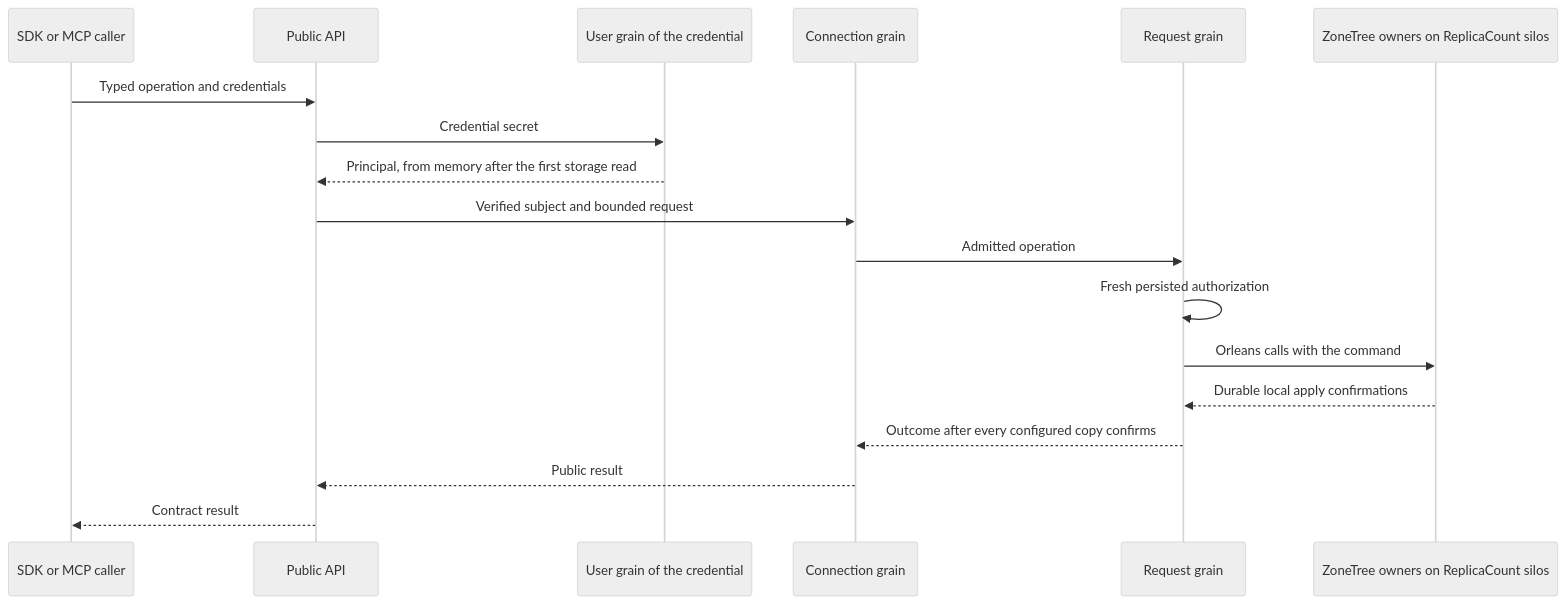
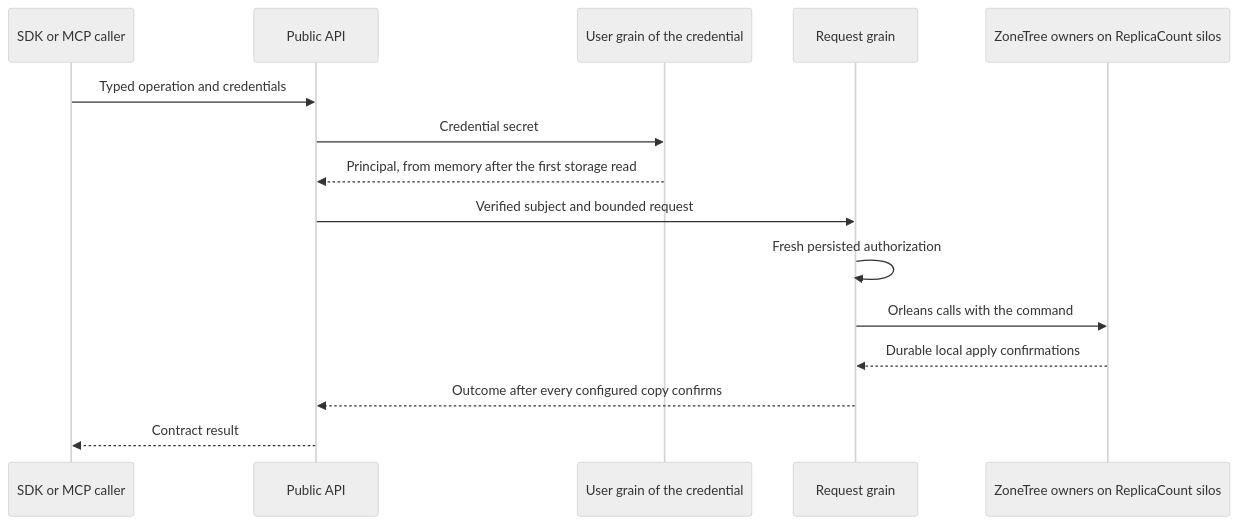
One commit to managedcode/KeyLoad changed the fifth of 26 diagrams in docs/Architecture.md. Above: the diagram before and after it, drawn with Mermaid (neutral theme). The commit also changed other lines of this file and 27 other files, not shown here.

````diff
--- a/docs/Architecture.md
+++ b/docs/Architecture.md
@@ -293,20 +292,17 @@
 ```mermaid
 sequenceDiagram
     participant Caller as SDK or MCP caller
     participant API as Public API
     participant User as User grain of the credential
-    participant Conn as Connection grain
     participant Part as Request grain
     participant Owners as ZoneTree owners on ReplicaCount silos
     Caller->>API: Typed operation and credentials
     API->>User: Credential secret
     User-->>API: Principal, from memory after the first storage read
-    API->>Conn: Verified subject and bounded request
-    Conn->>Part: Admitted operation
+    API->>Part: Verified subject and bounded request
     Part->>Part: Fresh persisted authorization
     Part->>Owners: Orleans calls with the command
     Owners-->>Part: Durable local apply confirmations
-    Part-->>Conn: Outcome after every configured copy confirms
-    Conn-->>API: Public result
+    Part-->>API: Outcome after every configured copy confirms
     API-->>Caller: Contract result
 ```
````
